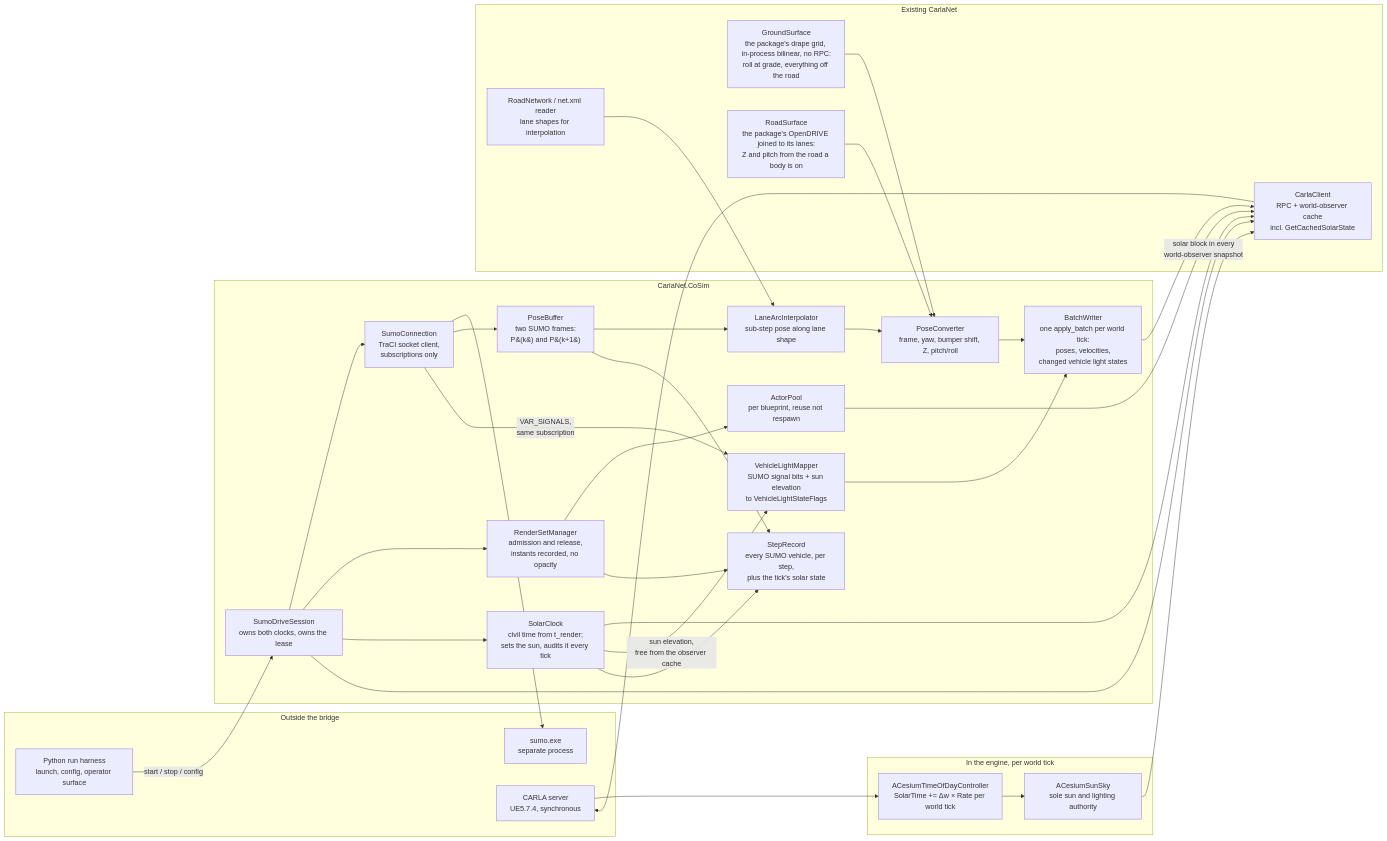
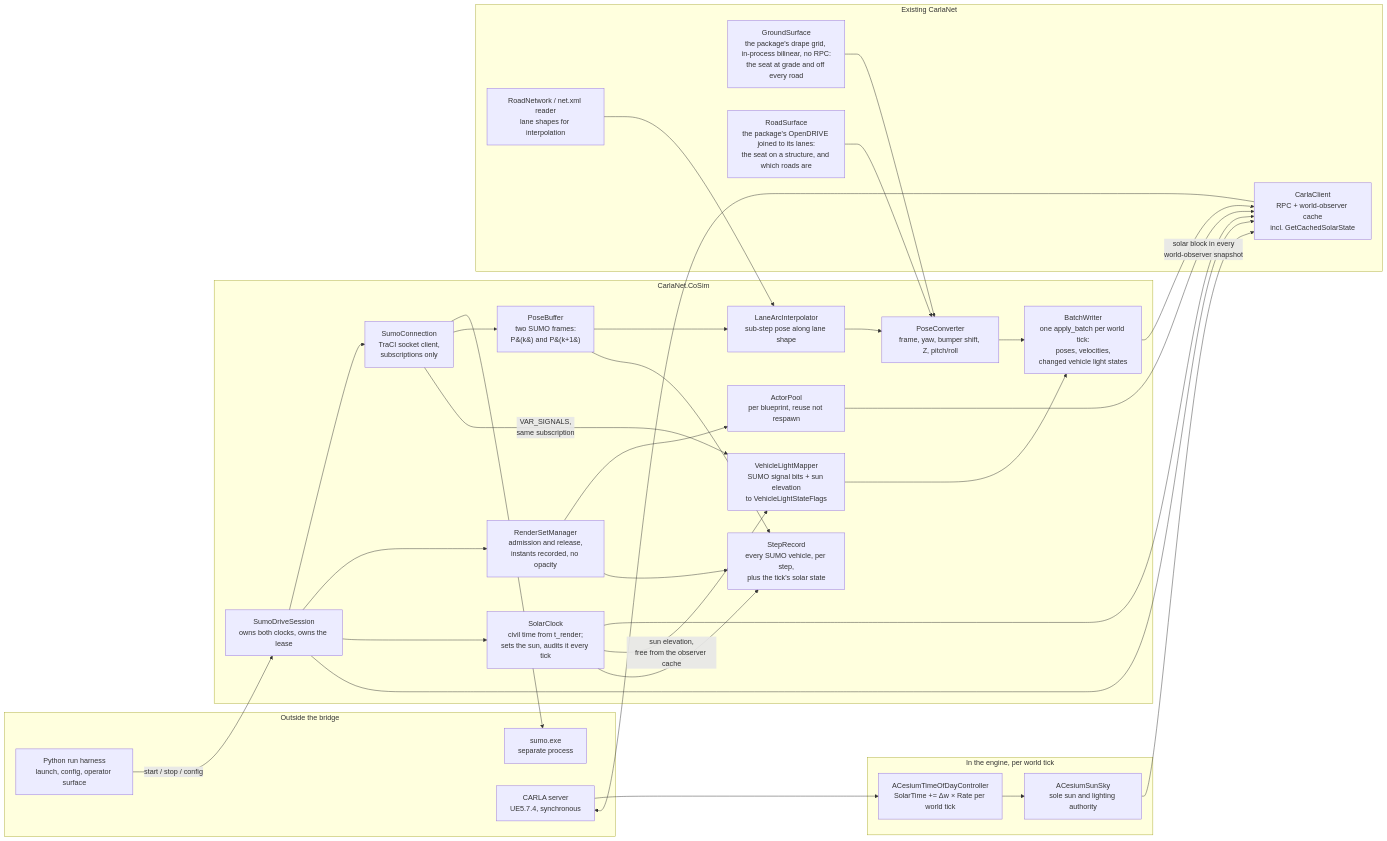
One commit to sbrett9/carla changed the first of 4 diagrams in Docs/CAT_Research/Plans/SUMO_Behavioral_Capture/03_CoSimulation_Runtime.md. Above: the diagram before and after it, drawn with Mermaid. The commit also changed other lines of this file and 4 other files, not shown here.

First line of the commit message:
Record the seat on the ground at grade and on the road on a structure

````diff
--- a/Docs/CAT_Research/Plans/SUMO_Behavioral_Capture/03_CoSimulation_Runtime.md
+++ b/Docs/CAT_Research/Plans/SUMO_Behavioral_Capture/03_CoSimulation_Runtime.md
@@ -112,51 +112,51 @@
 ```mermaid
 flowchart LR
   subgraph ext["Outside the bridge"]
     SUMO["sumo.exe<br/>separate process"]
     SRV["CARLA server<br/>UE5.7.4, synchronous"]
     PY["Python run harness<br/>launch, config, operator surface"]
   end
 
   subgraph cosim["CarlaNet.CoSim"]
     DRV["SumoDriveSession<br/>owns both clocks, owns the lease"]
     CONN["SumoConnection<br/>TraCI socket client,<br/>subscriptions only"]
     BUF["PoseBuffer<br/>two SUMO frames:<br/>P&#40;k&#41; and P&#40;k+1&#41;"]
     INT["LaneArcInterpolator<br/>sub-step pose along lane shape"]
     CONV["PoseConverter<br/>frame, yaw, bumper shift, Z, pitch/roll"]
     POOL["ActorPool<br/>per blueprint, reuse not respawn"]
     RS["RenderSetManager<br/>admission and release,<br/>instants recorded, no opacity"]
     SOL["SolarClock<br/>civil time from t_render;<br/>sets the sun, audits it every tick"]
     LIGHT["VehicleLightMapper<br/>SUMO signal bits + sun elevation<br/>to VehicleLightStateFlags"]
     WR["BatchWriter<br/>one apply_batch per world tick:<br/>poses, velocities,<br/>changed vehicle light states"]
     REC["StepRecord<br/>every SUMO vehicle, per step,<br/>plus the tick's solar state"]
   end
 
   subgraph deps["Existing CarlaNet"]
     CC["CarlaClient<br/>RPC + world-observer cache<br/>incl. GetCachedSolarState"]
     NET["RoadNetwork / net.xml reader<br/>lane shapes for interpolation"]
-    DRAPE["GroundSurface<br/>the package's drape grid, in-process bilinear, no RPC:<br/>roll at grade, everything off the road"]
-    ROADS["RoadSurface<br/>the package's OpenDRIVE joined to its lanes:<br/>Z and pitch from the road a body is on"]
+    DRAPE["GroundSurface<br/>the package's drape grid, in-process bilinear, no RPC:<br/>the seat at grade and off every road"]
+    ROADS["RoadSurface<br/>the package's OpenDRIVE joined to its lanes:<br/>the seat on a structure, and which roads are"]
   end
 
   subgraph eng["In the engine, per world tick"]
     TOD["ACesiumTimeOfDayController<br/>SolarTime += Δw × Rate per world tick"]
     SUN["ACesiumSunSky<br/>sole sun and lighting authority"]
   end
 
   PY -->|"start / stop / config"| DRV
   DRV --> CONN --> SUMO
   CONN --> BUF --> INT --> CONV --> WR --> CC --> SRV
   CONN -->|"VAR_SIGNALS,<br/>same subscription"| LIGHT --> WR
   NET --> INT
   DRAPE --> CONV
   ROADS --> CONV
   DRV --> RS --> POOL --> CC
   DRV --> SOL --> CC
   SOL -->|"sun elevation,<br/>free from the observer cache"| LIGHT
   SRV --> TOD --> SUN
   SUN -->|"solar block in every<br/>world-observer snapshot"| CC
   BUF --> REC
   RS --> REC
   SOL --> REC
   DRV --> CC
 ```
````
